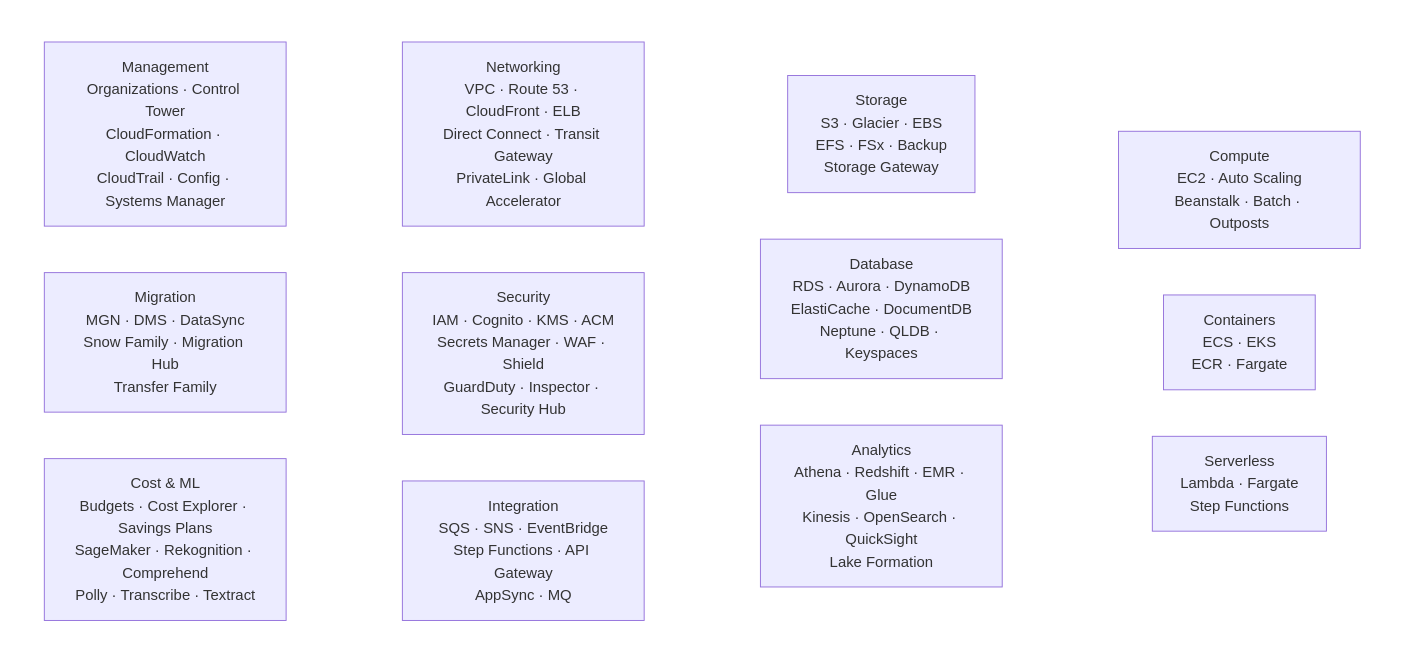
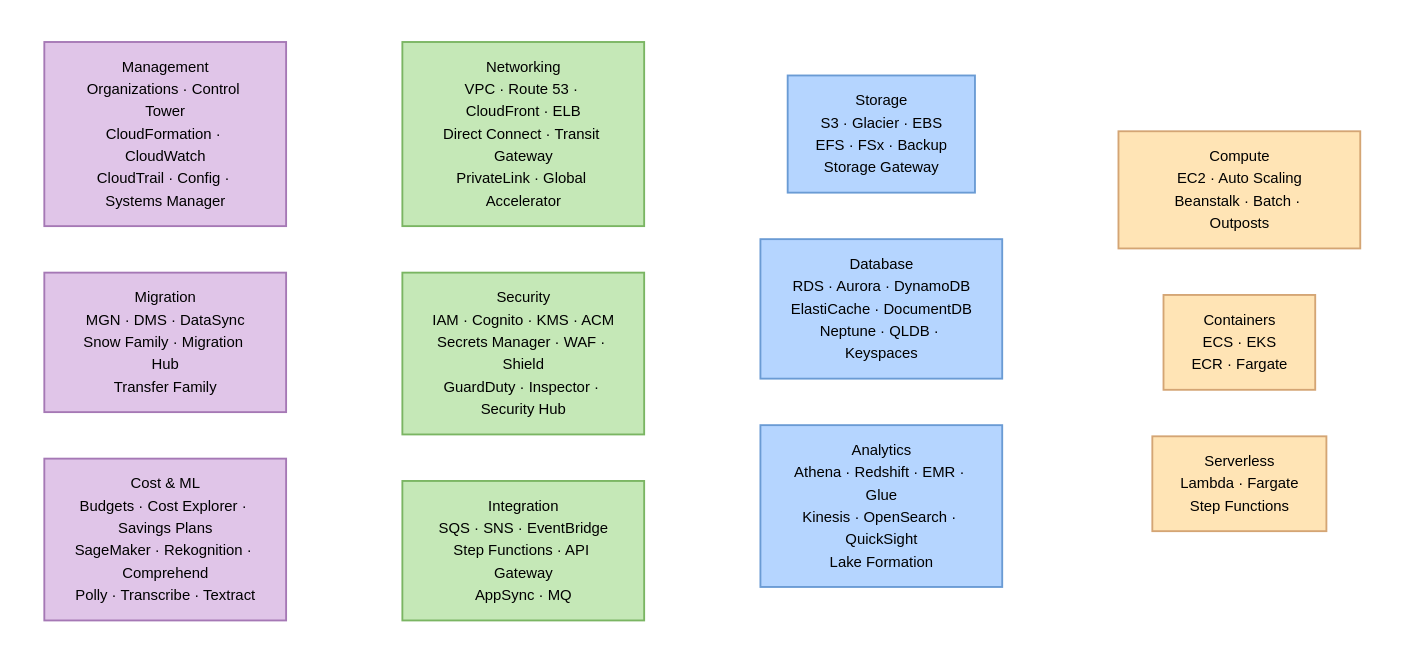
The first of 23 diagrams in courses/cloud-aws/aws_cartographie.md (Gooseppr/GevOps_LC), drawn with Mermaid before and after one commit. The commit also changed other lines of this file, not shown here.

````diff
--- a/courses/cloud-aws/aws_cartographie.md
+++ b/courses/cloud-aws/aws_cartographie.md
@@ -183,31 +51,43 @@
 ```mermaid
 flowchart TB
     subgraph R1[" "]
         direction LR
         C1[Compute<br/>EC2 · Auto Scaling<br/>Beanstalk · Batch · Outposts]
         C2[Containers<br/>ECS · EKS<br/>ECR · Fargate]
         C3[Serverless<br/>Lambda · Fargate<br/>Step Functions]
     end
     subgraph R2[" "]
         direction LR
         C4[Storage<br/>S3 · Glacier · EBS<br/>EFS · FSx · Backup<br/>Storage Gateway]
         C5[Database<br/>RDS · Aurora · DynamoDB<br/>ElastiCache · DocumentDB<br/>Neptune · QLDB · Keyspaces]
         C6[Analytics<br/>Athena · Redshift · EMR · Glue<br/>Kinesis · OpenSearch · QuickSight<br/>Lake Formation]
     end
     subgraph R3[" "]
         direction LR
         C7[Networking<br/>VPC · Route 53 · CloudFront · ELB<br/>Direct Connect · Transit Gateway<br/>PrivateLink · Global Accelerator]
         C8[Security<br/>IAM · Cognito · KMS · ACM<br/>Secrets Manager · WAF · Shield<br/>GuardDuty · Inspector · Security Hub]
         C9[Integration<br/>SQS · SNS · EventBridge<br/>Step Functions · API Gateway<br/>AppSync · MQ]
     end
     subgraph R4[" "]
         direction LR
         C10[Management<br/>Organizations · Control Tower<br/>CloudFormation · CloudWatch<br/>CloudTrail · Config · Systems Manager]
         C11[Migration<br/>MGN · DMS · DataSync<br/>Snow Family · Migration Hub<br/>Transfer Family]
         C12[Cost & ML<br/>Budgets · Cost Explorer · Savings Plans<br/>SageMaker · Rekognition · Comprehend<br/>Polly · Transcribe · Textract]
     end
     style R1 fill:none,stroke:none
     style R2 fill:none,stroke:none
     style R3 fill:none,stroke:none
     style R4 fill:none,stroke:none
+    style C1 fill:#FFE4B5,stroke:#D4A574,stroke-width:2px,color:#000
+    style C2 fill:#FFE4B5,stroke:#D4A574,stroke-width:2px,color:#000
+    style C3 fill:#FFE4B5,stroke:#D4A574,stroke-width:2px,color:#000
+    style C4 fill:#B5D5FF,stroke:#6A9BD4,stroke-width:2px,color:#000
+    style C5 fill:#B5D5FF,stroke:#6A9BD4,stroke-width:2px,color:#000
+    style C6 fill:#B5D5FF,stroke:#6A9BD4,stroke-width:2px,color:#000
+    style C7 fill:#C5E8B7,stroke:#7AB562,stroke-width:2px,color:#000
+    style C8 fill:#C5E8B7,stroke:#7AB562,stroke-width:2px,color:#000
+    style C9 fill:#C5E8B7,stroke:#7AB562,stroke-width:2px,color:#000
+    style C10 fill:#E0C5E8,stroke:#A578B5,stroke-width:2px,color:#000
+    style C11 fill:#E0C5E8,stroke:#A578B5,stroke-width:2px,color:#000
+    style C12 fill:#E0C5E8,stroke:#A578B5,stroke-width:2px,color:#000
 ```
````
